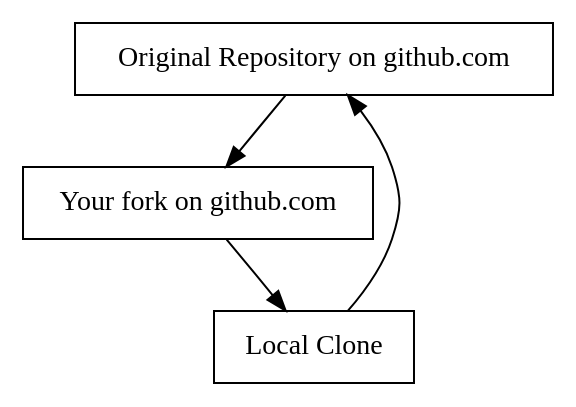
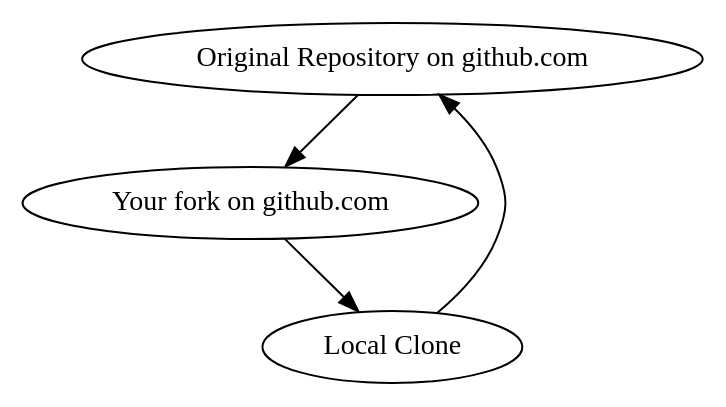
The diagram in book/forking.dot (hotpeppersec/cloudlab), drawn with Graphviz before and after one commit. The commit also changed 19 other files, not shown here.

```diff
--- a/book/forking.dot
+++ b/book/forking.dot
@@ -1,11 +1,9 @@
 digraph forking {
 size="8,4";
-node [fontname="Helvetica" fontsize=14 shape=box];
-edge [fontname="Symbol" fontsize=10];
 orig [fontname="Symbol" label="Original Repository on github.com"];
 fork [fontname="Symbol" label="Your fork on github.com"];
 clone [fontname="Symbol" label="Local Clone"];
 orig -> fork;
 fork -> clone;
 clone -> orig;
 }
```
